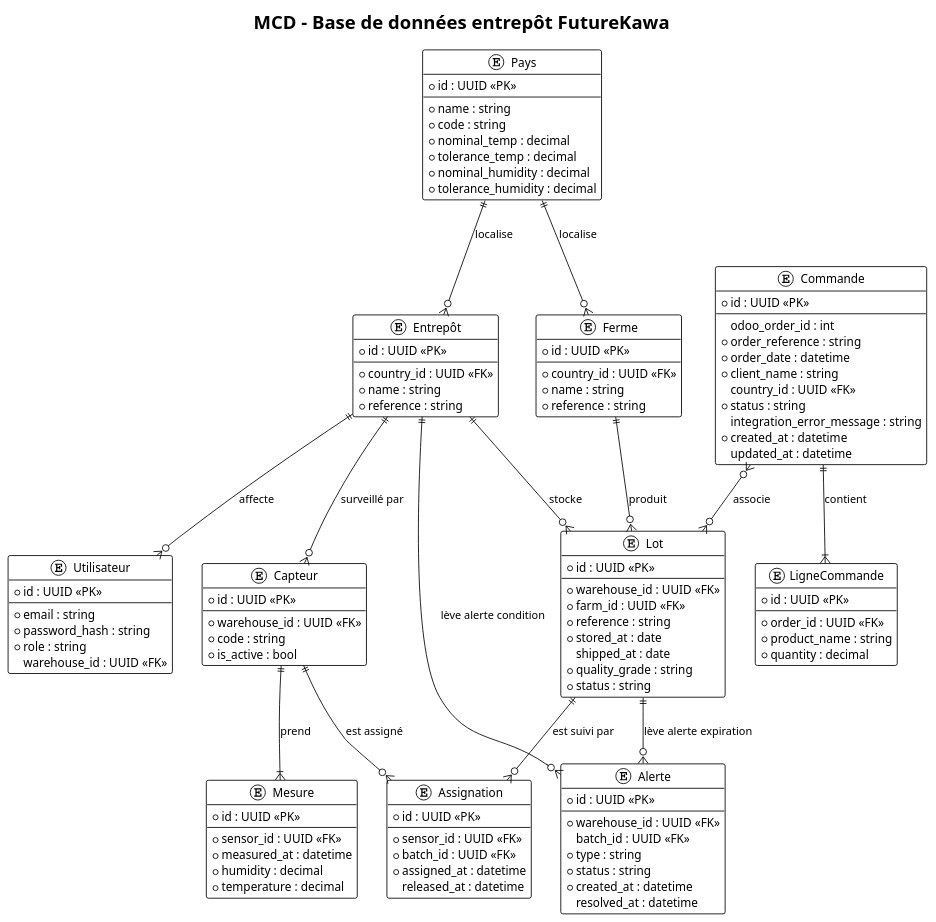
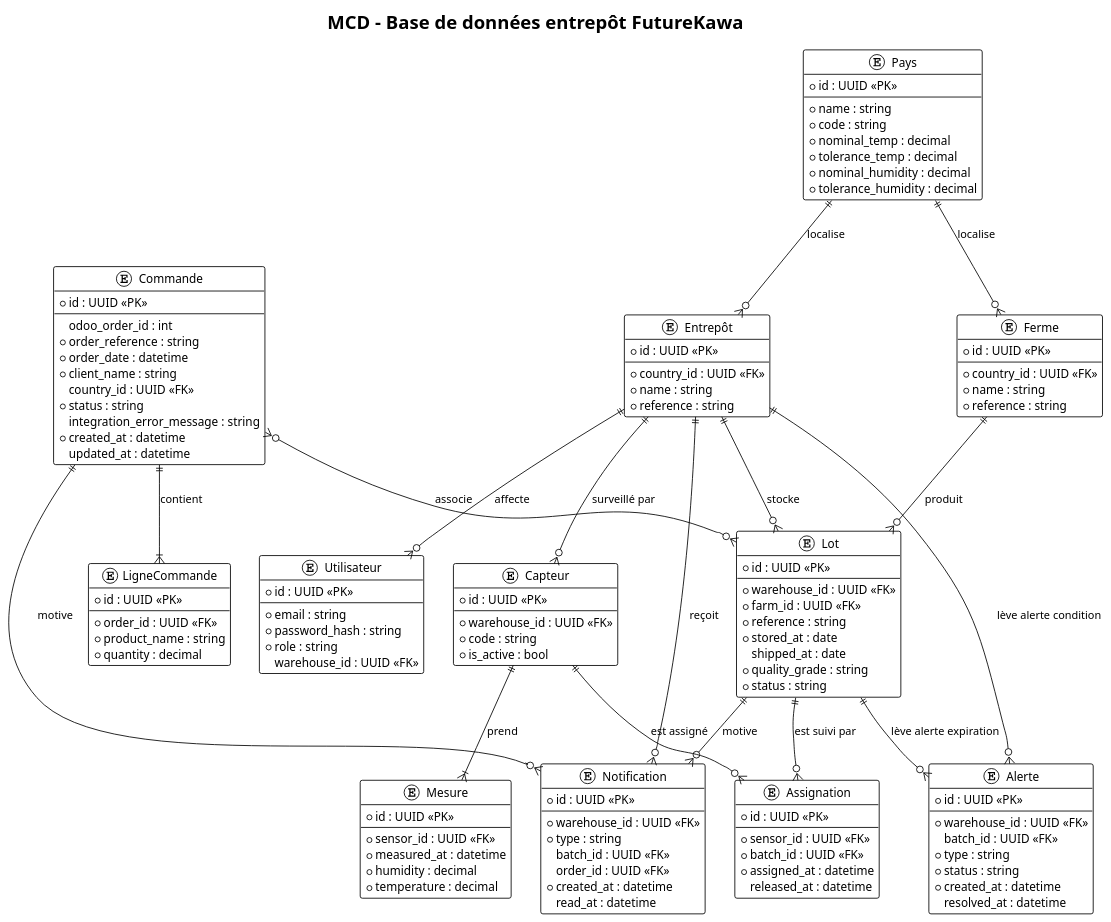
The diagram in Documentation/diagrammes/mcd_warehouse.puml (FutureKawa-Nte-G2/FutureKawa), drawn with PlantUML before and after one commit. The commit also changed 9 other files, not shown here.

```diff
--- a/Documentation/diagrammes/mcd_warehouse.puml
+++ b/Documentation/diagrammes/mcd_warehouse.puml
@@ -1,129 +1,143 @@
 @startuml MCD_Warehouse_FutureKawa
 
 !theme plain
 
 title MCD - Base de données entrepôt FutureKawa
 
 entity "Utilisateur" as User {
   * id : UUID <<PK>>
   --
   * email : string
   * password_hash : string
   * role : string
   warehouse_id : UUID <<FK>>
 }
 
 entity "Pays" as Country {
   * id : UUID <<PK>>
   --
   * name : string
   * code : string
   * nominal_temp : decimal
   * tolerance_temp : decimal
   * nominal_humidity : decimal
   * tolerance_humidity : decimal
 }
 
 entity "Ferme" as Farm {
   * id : UUID <<PK>>
   --
   * country_id : UUID <<FK>>
   * name : string
   * reference : string
 }
 
 entity "Entrepôt" as Warehouse {
   * id : UUID <<PK>>
   --
   * country_id : UUID <<FK>>
   * name : string
   * reference : string
 }
 
 entity "Lot" as Batch {
   * id : UUID <<PK>>
   --
   * warehouse_id : UUID <<FK>>
   * farm_id : UUID <<FK>>
   * reference : string
   * stored_at : date
   shipped_at : date
   * quality_grade : string
   * status : string
 }
 
 entity "Commande" as Order {
   * id : UUID <<PK>>
   --
   odoo_order_id : int
   * order_reference : string
   * order_date : datetime
   * client_name : string
   country_id : UUID <<FK>>
   * status : string
   integration_error_message : string
   * created_at : datetime
   updated_at : datetime
 }
 
 entity "LigneCommande" as OrderLine {
   * id : UUID <<PK>>
   --
   * order_id : UUID <<FK>>
   * product_name : string
   * quantity : decimal
 }
 
 entity "Capteur" as Sensor {
   * id : UUID <<PK>>
   --
   * warehouse_id : UUID <<FK>>
   * code : string
   * is_active : bool
 }
 
 entity "Assignation" as SensorAssignment {
   * id : UUID <<PK>>
   --
   * sensor_id : UUID <<FK>>
   * batch_id : UUID <<FK>>
   * assigned_at : datetime
   released_at : datetime
 }
 
 entity "Mesure" as Measurement {
   * id : UUID <<PK>>
   --
   * sensor_id : UUID <<FK>>
   * measured_at : datetime
   * humidity : decimal
   * temperature : decimal
 }
 
+entity "Notification" as Notification {
+  * id : UUID <<PK>>
+  --
+  * warehouse_id : UUID <<FK>>
+  * type : string
+  batch_id : UUID <<FK>>
+  order_id : UUID <<FK>>
+  * created_at : datetime
+  read_at : datetime
+}
+
 entity "Alerte" as Alert {
   * id : UUID <<PK>>
   --
   * warehouse_id : UUID <<FK>>
   batch_id : UUID <<FK>>
   * type : string
   * status : string
   * created_at : datetime
   resolved_at : datetime
 }
 
 ' Relations conceptuelles
 Country ||--o{ Farm : "localise"
 Country ||--o{ Warehouse : "localise"
 Farm ||--o{ Batch : "produit"
 Warehouse ||--o{ Batch : "stocke"
 Warehouse ||--o{ User : "affecte"
 Warehouse ||--o{ Sensor : "surveillé par"
 Sensor ||--|{ Measurement : "prend"
 Sensor ||--o{ SensorAssignment : "est assigné"
 Batch ||--o{ SensorAssignment : "est suivi par"
 Warehouse ||--o{ Alert : "lève alerte condition"
+Warehouse ||--o{ Notification : "reçoit"
+Batch ||--o{ Notification : "motive"
+Order ||--o{ Notification : "motive"
 Batch ||--o{ Alert : "lève alerte expiration"
 Order ||--|{ OrderLine : "contient"
 Order }o--o{ Batch : "associe"
 
 @enduml
```
